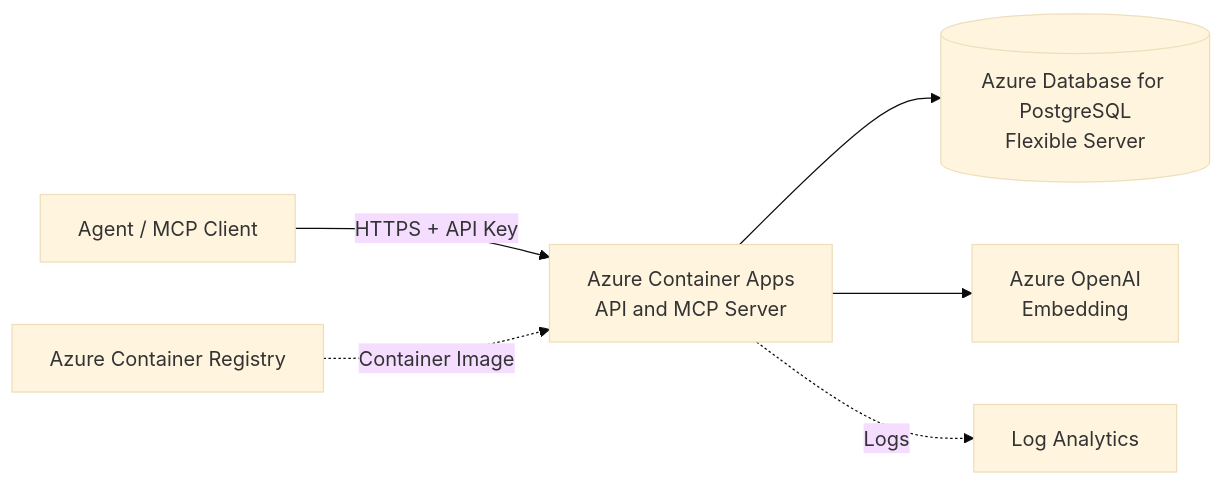
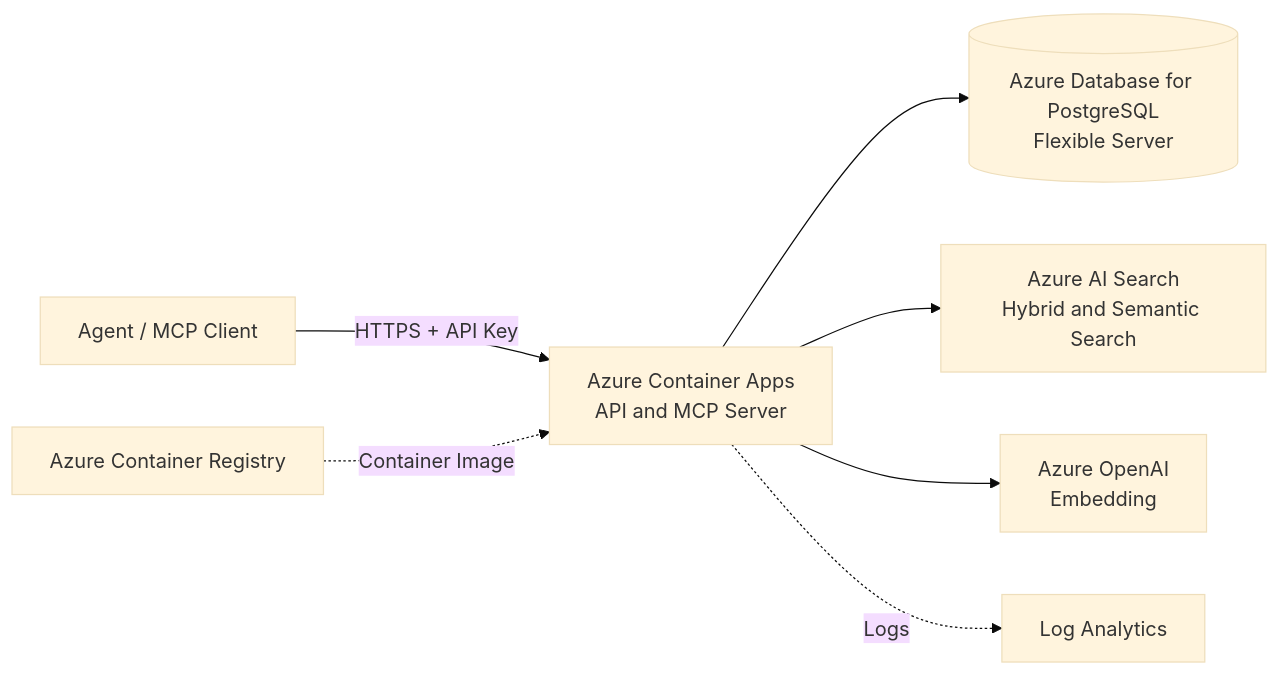
One commit to vwxyzh/FactLineage changed the first of 2 diagrams in azure-architecture.md. Above: the diagram before and after it, drawn with Mermaid (base theme). The commit also changed other lines of this file and 42 other files, not shown here.

````diff
--- a/azure-architecture.md
+++ b/azure-architecture.md
@@ -27,8 +27,9 @@
 ```mermaid
 flowchart LR
     A[Agent / MCP Client] -->|HTTPS + API Key| C[Azure Container Apps<br/>API and MCP Server]
     C --> P[(Azure Database for PostgreSQL<br/>Flexible Server)]
+  C --> S[Azure AI Search<br/>Hybrid and Semantic Search]
     C --> O[Azure OpenAI<br/>Embedding]
     R[Azure Container Registry] -.Container Image.-> C
     C -.Logs.-> L[Log Analytics]
 ```
````
